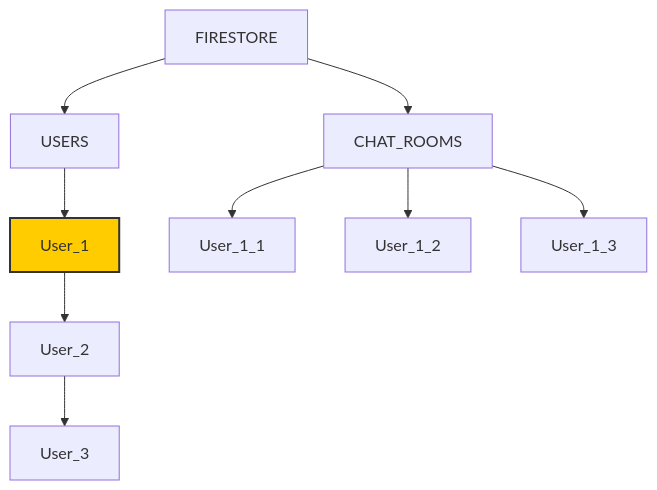
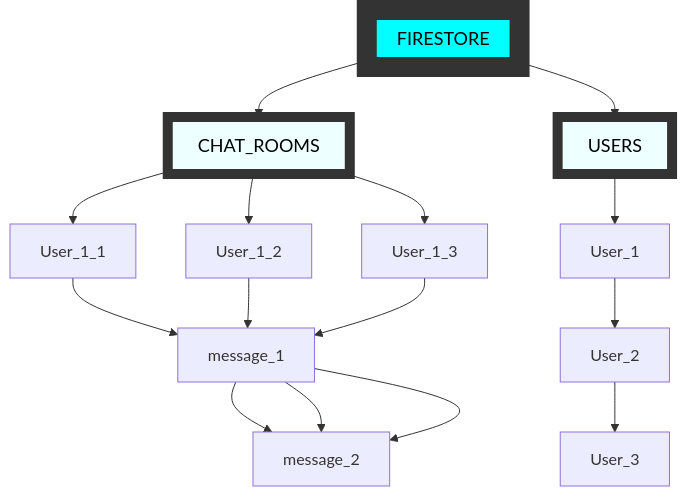
The diagram in README.md (Farizaaaa/Talksy), drawn with Mermaid before and after one commit.

````diff
--- a/README.md
+++ b/README.md
@@ -8,12 +8,21 @@
 ```mermaid
 graph TD
     FIRESTORE --> CHAT_ROOMS
     FIRESTORE --> USERS
     USERS --> User_1  
     User_1 --> User_2
 User_2 --> User_3
     CHAT_ROOMS --> User_1_1
 CHAT_ROOMS --> User_1_2
 CHAT_ROOMS --> User_1_3
- style User_1 fill:#ffcc00,stroke:#333,stroke-width:2px
+User_1_1 --> message_1
+User_1_2 --> message_1
+User_1_3 --> message_1
+message_1 --> message_2
+message_1 --> message_2
+message_1 --> message_2
+
+    style FIRESTORE fill:#00FFFF,stroke:#333,stroke-width:20px,font-size:18px,padding:10px,color:#000000
+    style USERS fill:#EEFFFF,stroke:#333,stroke-width:10px,font-size:18px,padding:10px,color:#000000
+    style CHAT_ROOMS fill:#EEFFFF,stroke:#333,stroke-width:10px,font-size:18px,padding:10px,color:#000000
 ```
````
